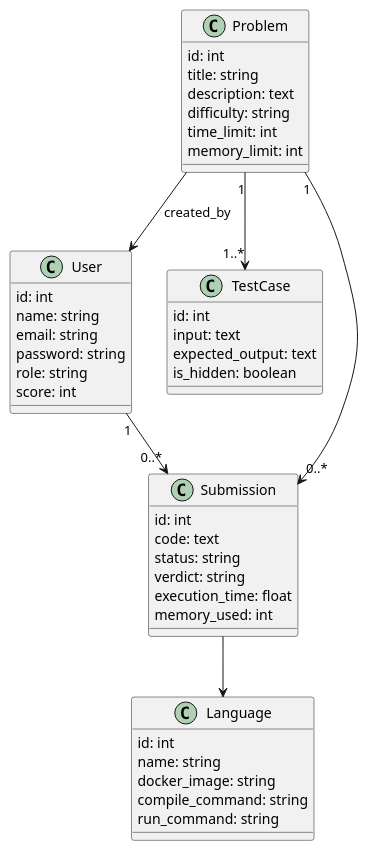
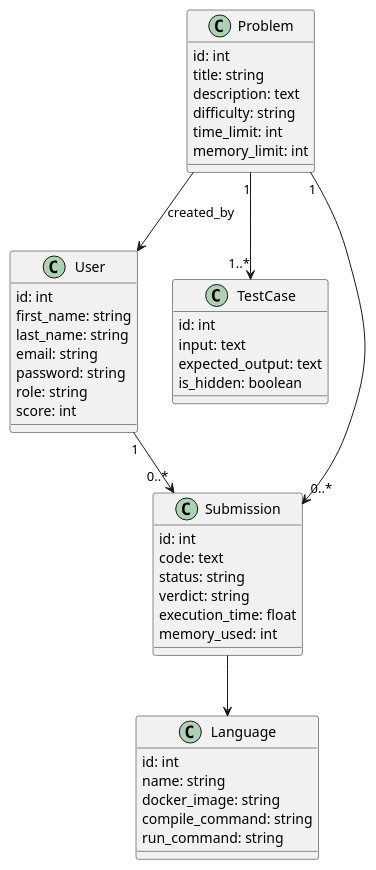
Before and after one commit to houssam-mirrou/SudoCode: the diagram in Uml/classes.puml, drawn with PlantUML. The commit also changed 5 other files, not shown here.

```diff
--- a/Uml/classes.puml
+++ b/Uml/classes.puml
@@ -1,51 +1,52 @@
 @startuml classes
 
 class User {
   id: int
-  name: string
+  first_name: string
+  last_name: string
   email: string
   password: string
   role: string
   score: int
 }
 
 class Problem {
   id: int
   title: string
   description: text
   difficulty: string
   time_limit: int
   memory_limit: int
 }
 
 class TestCase {
   id: int
   input: text
   expected_output: text
   is_hidden: boolean
 }
 
 class Submission {
   id: int
   code: text
   status: string
   verdict: string
   execution_time: float
   memory_used: int
 }
 
 class Language {
   id: int
   name: string
   docker_image: string
   compile_command: string
   run_command: string
 }
 
 User "1" --> "0..*" Submission
 Problem "1" --> "0..*" Submission
 Problem "1" --> "1..*" TestCase
 Submission --> Language
 Problem --> User : created_by
 
 @enduml
```
